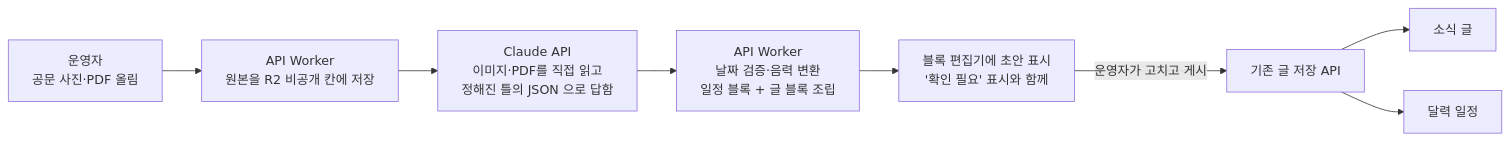
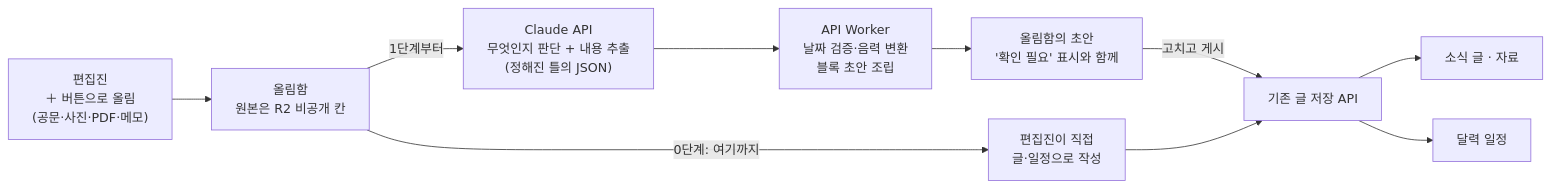
The first of 2 diagrams in docs/design/ai-intake.md (Moakro/jsbeob), drawn with Mermaid before and after one commit. The commit also changed other lines of this file, not shown here.

Commit message:
docs(design): 오너 추가 방향 반영 — 편집진(60) 전용 + 버튼·올림함 중심, 0단계 먼저

````diff
--- a/docs/design/ai-intake.md
+++ b/docs/design/ai-intake.md
@@ -14,10 +15,12 @@
 ```mermaid
 flowchart LR
-  A[운영자<br>공문 사진·PDF 올림] --> B[API Worker<br>원본을 R2 비공개 칸에 저장]
-  B --> C[Claude API<br>이미지·PDF를 직접 읽고<br>정해진 틀의 JSON 으로 답함]
-  C --> D[API Worker<br>날짜 검증·음력 변환<br>일정 블록 + 글 블록 조립]
-  D --> E[블록 편집기에 초안 표시<br>'확인 필요' 표시와 함께]
-  E -->|운영자가 고치고 게시| F[기존 글 저장 API]
-  F --> G[소식 글]
+  A["편집진<br>＋ 버튼으로 올림<br>(공문·사진·PDF·메모)"] --> B["올림함<br>원본은 R2 비공개 칸"]
+  B -->|0단계: 여기까지| M["편집진이 직접<br>글·일정으로 작성"]
+  B -->|1단계부터| C["Claude API<br>무엇인지 판단 + 내용 추출<br>(정해진 틀의 JSON)"]
+  C --> D["API Worker<br>날짜 검증·음력 변환<br>블록 초안 조립"]
+  D --> E["올림함의 초안<br>'확인 필요' 표시와 함께"]
+  E -->|고치고 게시| F[기존 글 저장 API]
+  M --> F
+  F --> G[소식 글 · 자료]
   F --> H[달력 일정]
 ```
````
